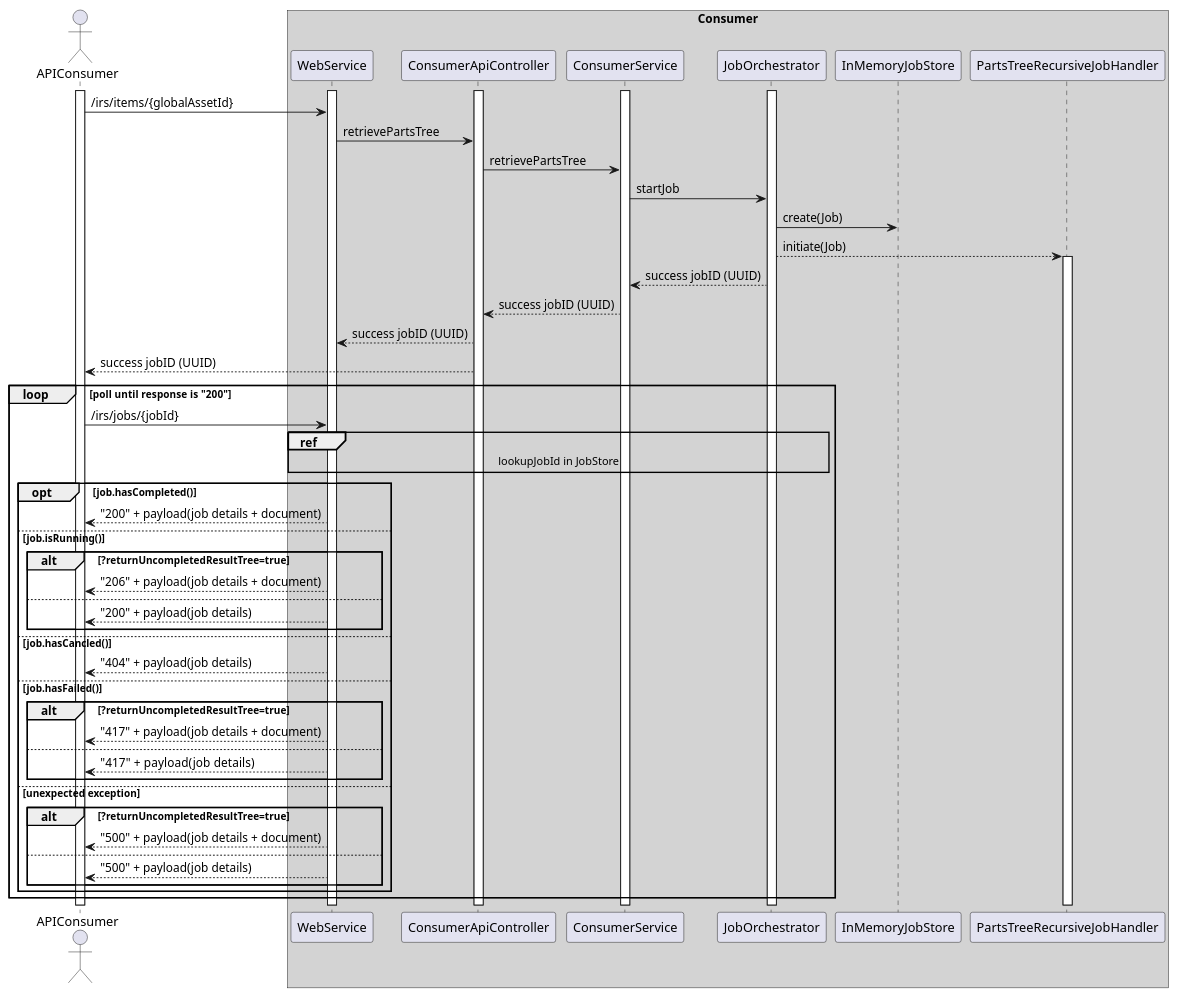
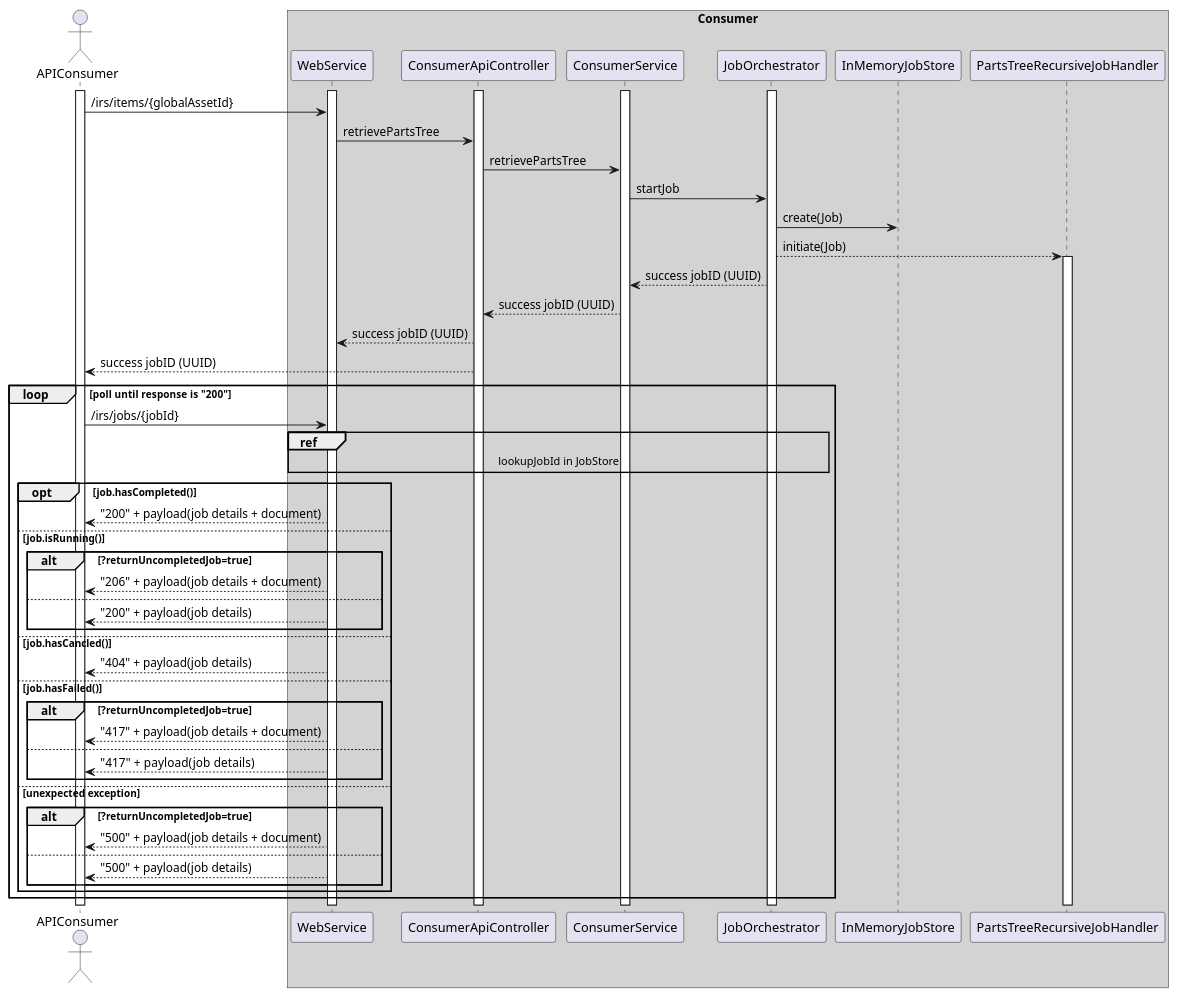
Before and after one commit to eclipse-tractusx/item-relationship-service: the diagram in uml-diagramms/api-call-asynchrous-sequence.puml, drawn with PlantUML. The commit also changed 12 other files, not shown here.

```diff
--- a/uml-diagramms/api-call-asynchrous-sequence.puml
+++ b/uml-diagramms/api-call-asynchrous-sequence.puml
@@ -1,63 +1,63 @@
 @startuml
 skinparam shadowing false
 
 actor APIConsumer
 activate APIConsumer
 
 box "Consumer" #LightGrey
 participant WebService
 activate WebService
 participant ConsumerApiController
 activate ConsumerApiController
 participant ConsumerService
 activate ConsumerService
 participant JobOrchestrator
 activate JobOrchestrator
 
 APIConsumer -> WebService : /irs/items/{globalAssetId}
 WebService -> ConsumerApiController :  retrievePartsTree
 ConsumerApiController -> ConsumerService :  retrievePartsTree
 ConsumerService -> JobOrchestrator: startJob
 JobOrchestrator -> InMemoryJobStore: create(Job)
 
 JobOrchestrator --> PartsTreeRecursiveJobHandler: initiate(Job)
 activate PartsTreeRecursiveJobHandler
 
 ConsumerService <-- JobOrchestrator : success jobID (UUID)
 ConsumerApiController <-- ConsumerService : success jobID (UUID)
 WebService <-- ConsumerApiController : success jobID (UUID)
 APIConsumer <-- ConsumerApiController : success jobID (UUID)
 
 loop poll until response is  "200"
      APIConsumer -> WebService : /irs/jobs/{jobId}
 
      ref over WebService,  JobOrchestrator
         lookupJobId in JobStore
      end ref
      opt job.hasCompleted()
             APIConsumer <-- WebService : "200" + payload(job details + document)
      else job.isRunning()
-           alt ?returnUncompletedResultTree=true
+           alt ?returnUncompletedJob=true
              APIConsumer <-- WebService : "206" + payload(job details + document)
            else
              APIConsumer <-- WebService : "200" + payload(job details)
             end alt
      else job.hasCancled()
              APIConsumer <-- WebService : "404" + payload(job details)
      else job.hasFailed()
-        alt ?returnUncompletedResultTree=true
+        alt ?returnUncompletedJob=true
             APIConsumer <-- WebService : "417" + payload(job details + document)
         else
             APIConsumer <-- WebService : "417"  + payload(job details)
         end alt
       else  unexpected exception
-        alt ?returnUncompletedResultTree=true
+        alt ?returnUncompletedJob=true
             APIConsumer <-- WebService : "500" + payload(job details + document)
         else
            APIConsumer <-- WebService : "500" + payload(job details)
            end alt
      end opt
 
 end loop
 
 @enduml
```
